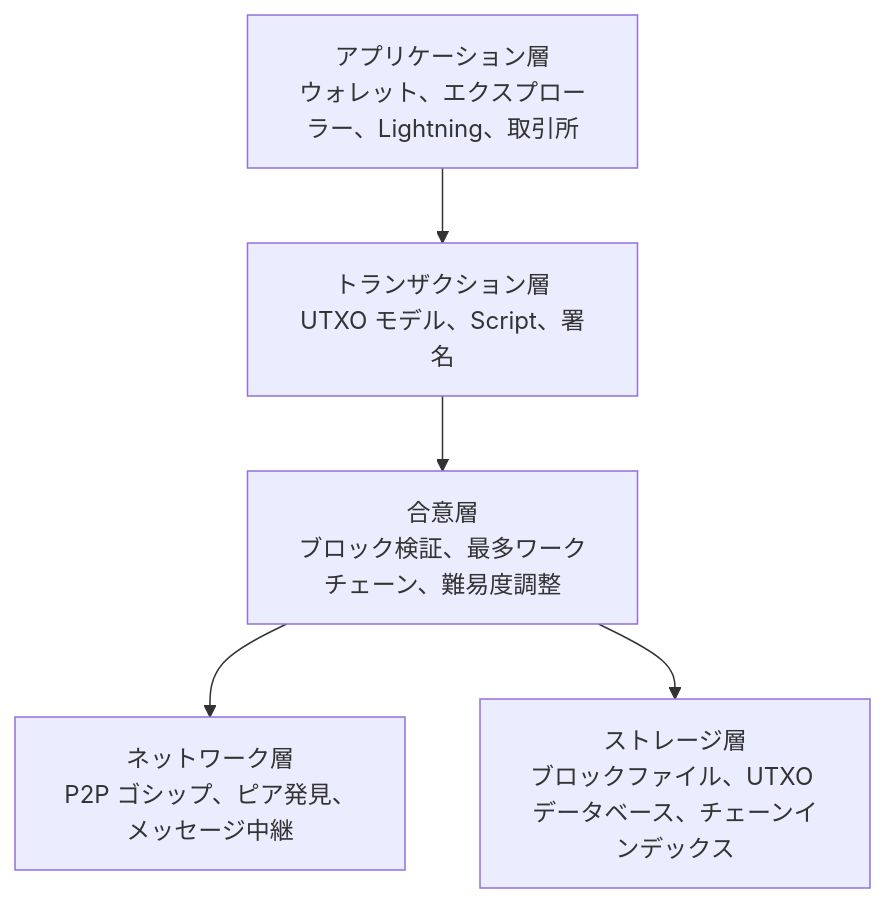
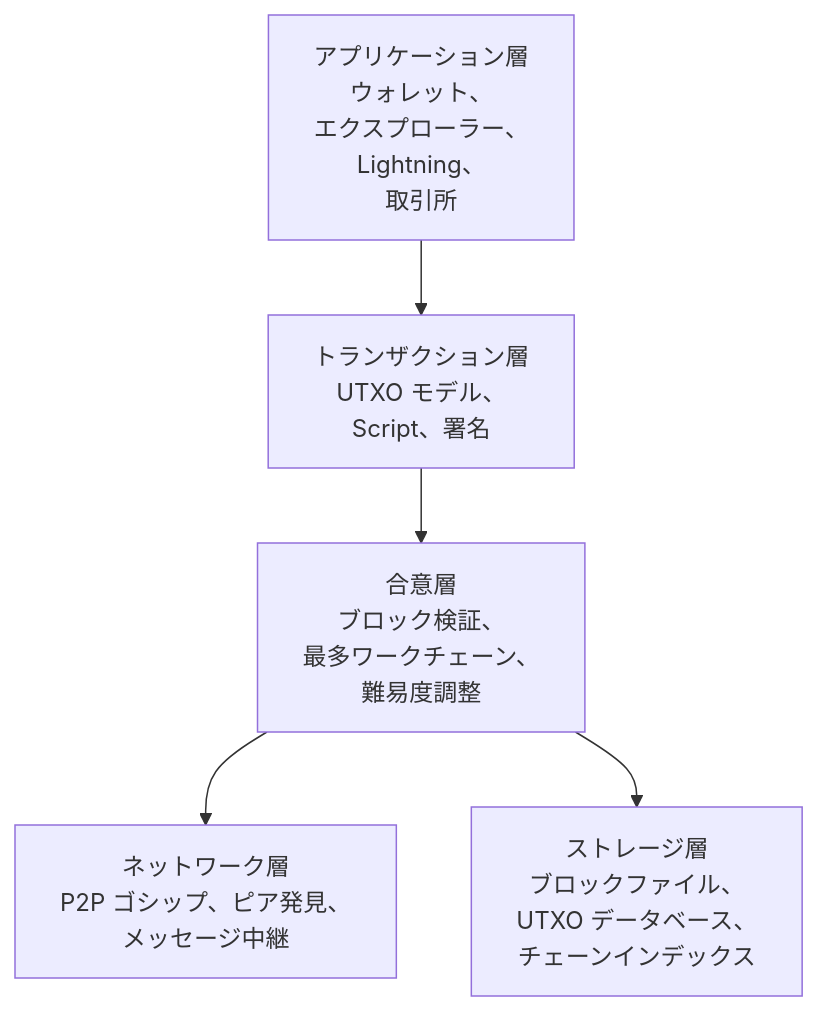
One commit to cypher256/BitcoinArchive changed the second of 5 diagrams in src/data/translations/ja/design/2009-01-03-bitcoin-system-design-overview.md. Above: the diagram before and after it, drawn with Mermaid. The commit also changed other lines of this file and 11 other files, not shown here.

First line of the commit message:
JA Mermaid labels: wrap long CJK labels (mermaid-ja-wrap, 12 design docs)

````diff
--- a/src/data/translations/ja/design/2009-01-03-bitcoin-system-design-overview.md
+++ b/src/data/translations/ja/design/2009-01-03-bitcoin-system-design-overview.md
@@ -110,13 +110,13 @@
 ```mermaid
 flowchart TB
-    APP["アプリケーション層<br/>ウォレット、エクスプローラー、Lightning、取引所"]
-    TXN["トランザクション層<br/>UTXO モデル、Script、署名"]
-    CONS["合意層<br/>ブロック検証、最多ワークチェーン、難易度調整"]
-    NET["ネットワーク層<br/>P2P ゴシップ、ピア発見、メッセージ中継"]
-    STORE["ストレージ層<br/>ブロックファイル、UTXO データベース、チェーンインデックス"]
+    APP["アプリケーション層<br/>ウォレット、<br/>エクスプローラー、<br/>Lightning、<br/>取引所"]
+    TXN["トランザクション層<br/>UTXO モデル、<br/>Script、署名"]
+    CONS["合意層<br/>ブロック検証、<br/>最多ワークチェーン、<br/>難易度調整"]
+    NET["ネットワーク層<br/>P2P ゴシップ、ピア発見、<br/>メッセージ中継"]
+    STORE["ストレージ層<br/>ブロックファイル、<br/>UTXO データベース、<br/>チェーンインデックス"]
 
     APP --> TXN
     TXN --> CONS
     CONS --> NET
     CONS --> STORE
 ```
````
